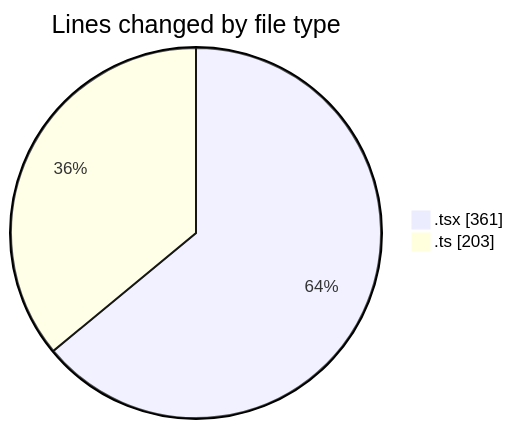
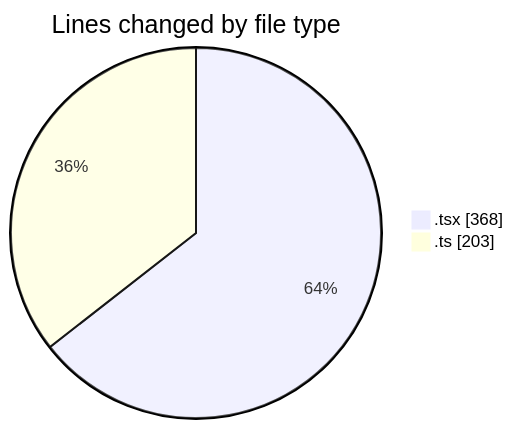
One commit to robertbonfada/code-tracking changed the first of 2 diagrams in 2025-02-19/mbc-web/README.md. Above: the diagram before and after it, drawn with Mermaid. The commit also changed other lines of this file and 1 other file, not shown here.

````diff
--- a/2025-02-19/mbc-web/README.md
+++ b/2025-02-19/mbc-web/README.md
@@ -30,6 +30,6 @@
 ```mermaid
 pie showData
 title Lines changed by file type
-".tsx" : 361
+".tsx" : 368
 ".ts" : 203
 ```
````
